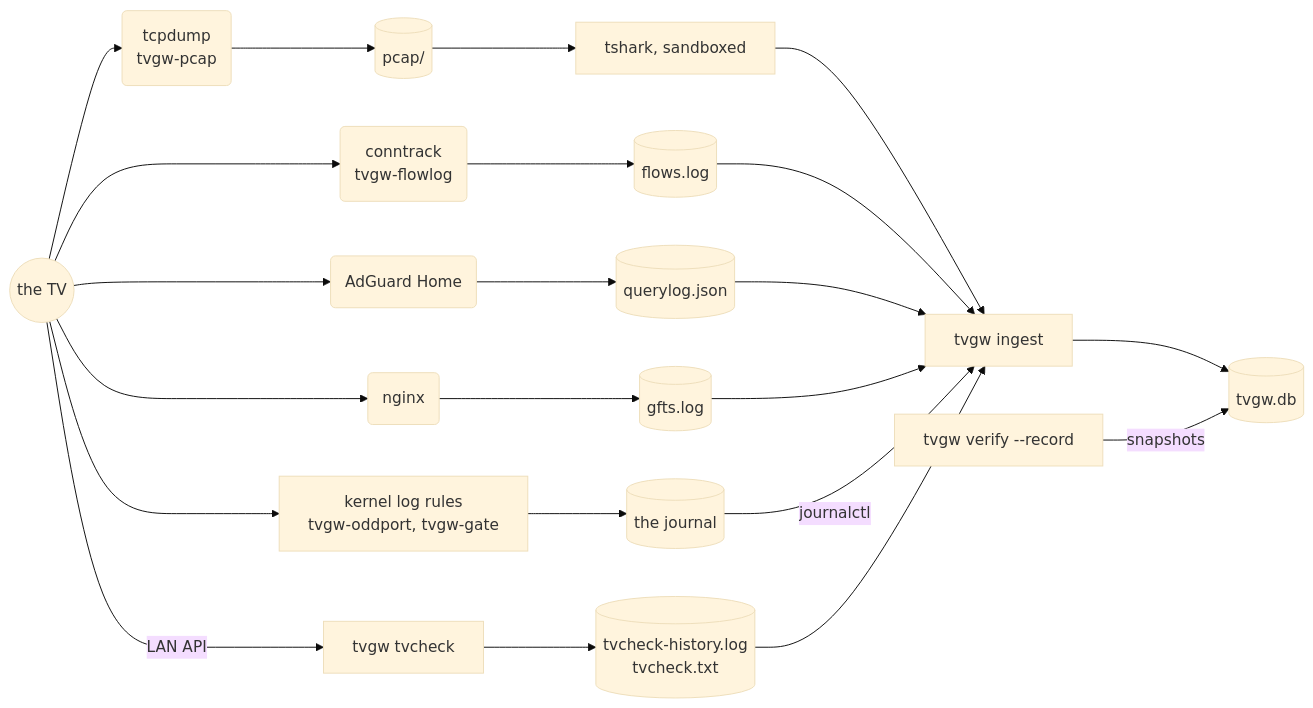
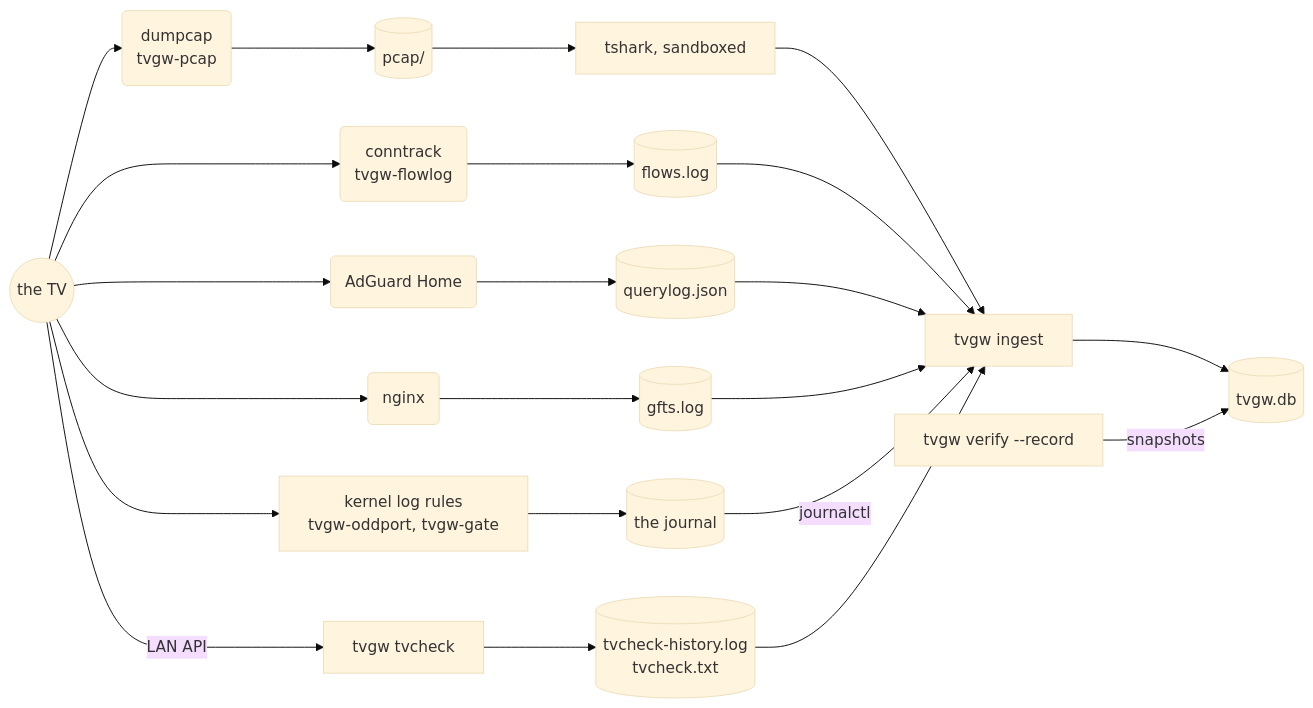
One commit to kywwilson11/tvgw changed the fourth of 5 diagrams in docs/architecture.md. Above: the diagram before and after it, drawn with Mermaid (base theme). The commit also changed other lines of this file and 19 other files, not shown here.

````diff
--- a/docs/architecture.md
+++ b/docs/architecture.md
@@ -186,11 +186,11 @@
 ```mermaid
 flowchart LR
-    tv(("the TV")) --> tcpdump("tcpdump<br/>tvgw-pcap") --> pcapDir[("pcap/")] --> tshark["tshark, sandboxed"] --> ingest["tvgw ingest"]
+    tv(("the TV")) --> dumpcap("dumpcap<br/>tvgw-pcap") --> pcapDir[("pcap/")] --> tshark["tshark, sandboxed"] --> ingest["tvgw ingest"]
     tv --> conntrack("conntrack<br/>tvgw-flowlog") --> flowsLog[("flows.log")] --> ingest
     tv --> adguard("AdGuard Home") --> querylog[("querylog.json")] --> ingest
     tv --> nginx("nginx") --> gftsLog[("gfts.log")] --> ingest
     tv --> kernelLog["kernel log rules<br/>tvgw-oddport, tvgw-gate"] --> journal[("the journal")] -->|journalctl| ingest
     tv -->|LAN API| tvcheck["tvgw tvcheck"] --> history[("tvcheck-history.log<br/>tvcheck.txt")] --> ingest
     ingest --> store[("tvgw.db")]
     verify["tvgw verify --record"] -->|snapshots| store
 ```
````
